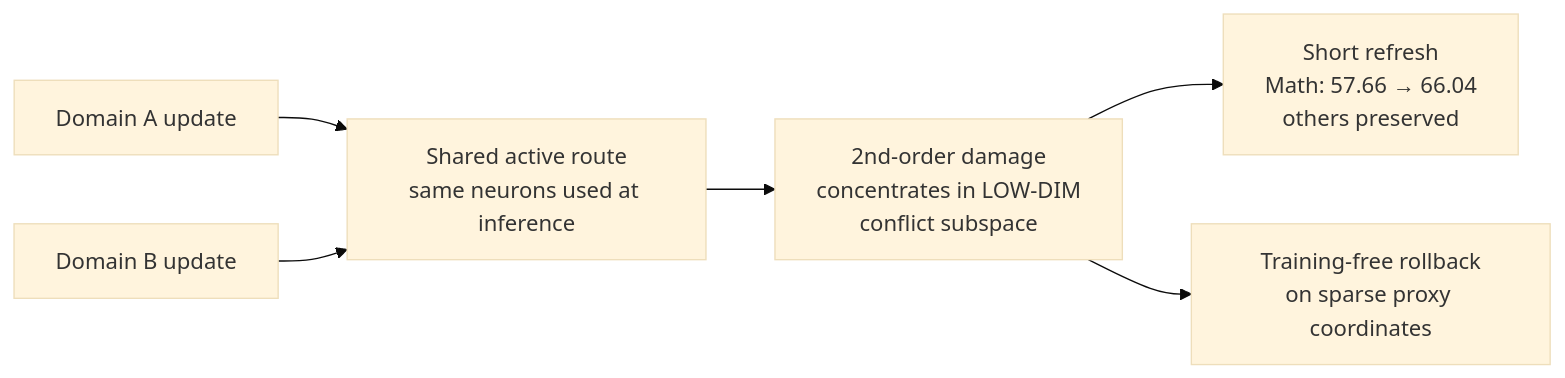
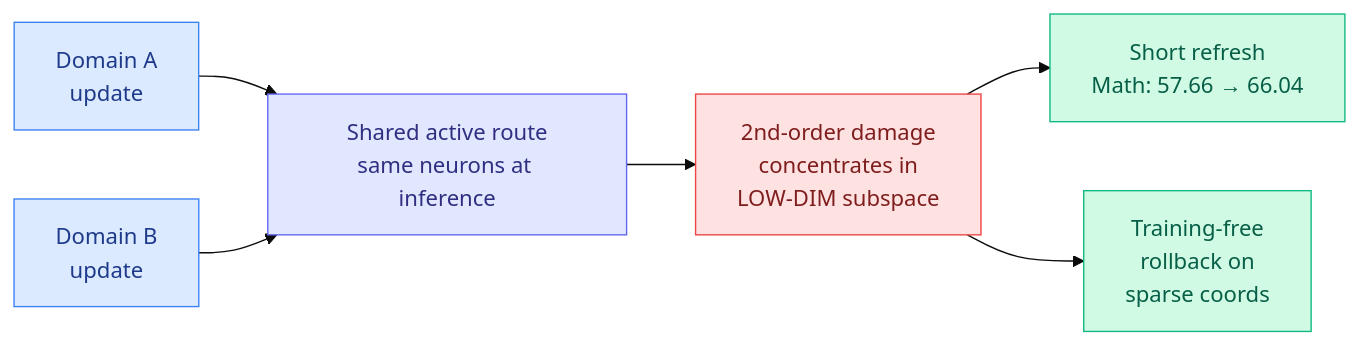
One commit to bayesiansapien/cere-bro changed the fifth of 7 diagrams in wiki/daily-digest/2026-06/2026-06-03.md. Above: the diagram before and after it, drawn with Mermaid (base theme).

Commit message:
wiki: update wiki/2026-06-03

````diff
--- a/wiki/daily-digest/2026-06/2026-06-03.md
+++ b/wiki/daily-digest/2026-06/2026-06-03.md
@@ -228,8 +228,16 @@
 ```mermaid
 flowchart LR
-  A[Domain A update] --> R[Shared active route<br/>same neurons used at inference]
-  B[Domain B update] --> R
-  R --> D[2nd-order damage<br/>concentrates in LOW-DIM<br/>conflict subspace]
-  D --> F[Short refresh<br/>Math: 57.66 → 66.04<br/>others preserved]
-  D --> RB[Training-free rollback<br/>on sparse proxy coordinates]
+  A[Domain A<br/>update] --> R[Shared active route<br/>same neurons at inference]
+  B[Domain B<br/>update] --> R
+  R --> D[2nd-order damage<br/>concentrates in<br/>LOW-DIM subspace]
+  D --> F[Short refresh<br/>Math: 57.66 → 66.04]
+  D --> RB[Training-free<br/>rollback on<br/>sparse coords]
+  classDef input fill:#dbeafe,stroke:#3b82f6,color:#1e3a8a
+  classDef stage fill:#e0e7ff,stroke:#6366f1,color:#312e81
+  classDef warn fill:#fee2e2,stroke:#ef4444,color:#7f1d1d
+  classDef output fill:#d1fae5,stroke:#10b981,color:#065f46
+  class A,B input
+  class R stage
+  class D warn
+  class F,RB output
 ```
````
